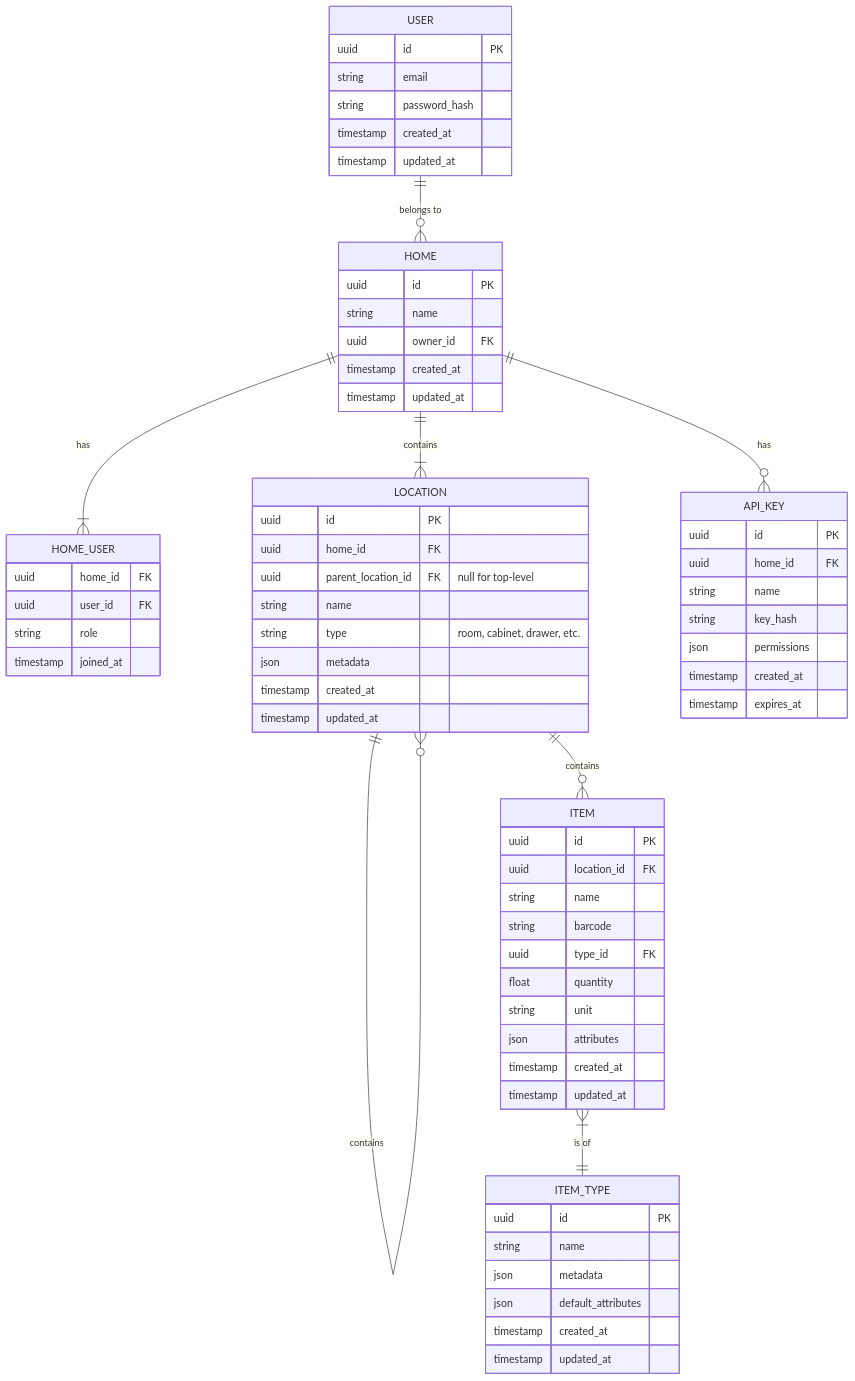
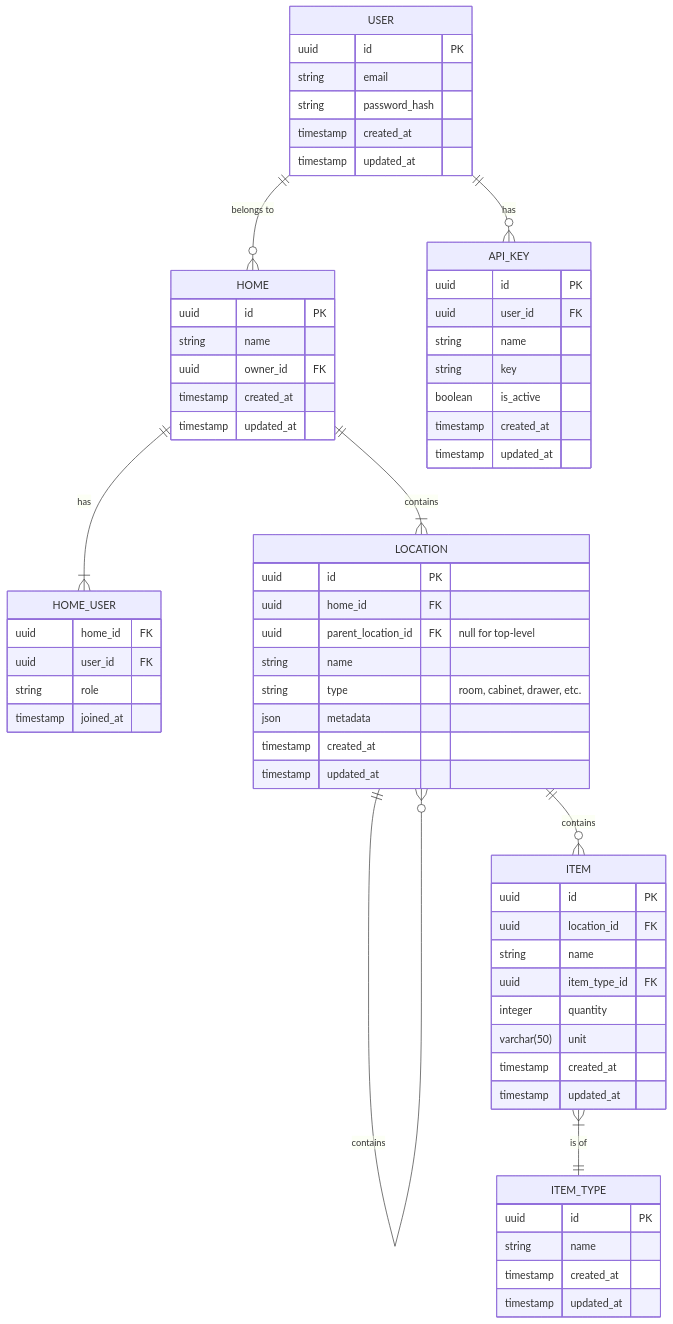
The diagram in memory-bank/database_erd.md (m-cain/mnemo), drawn with Mermaid before and after one commit. The commit also changed 9 other files, not shown here.

First line of the commit message:
feat: Define schema for item types, items, and API keys

````diff
--- a/memory-bank/database_erd.md
+++ b/memory-bank/database_erd.md
@@ -3,76 +3,72 @@
 ```mermaid
 erDiagram
     USER ||--o{ HOME : "belongs to"
     HOME ||--|{ HOME_USER : "has"
     HOME ||--|{ LOCATION : "contains"
     LOCATION ||--o{ LOCATION : "contains"
     LOCATION ||--o{ ITEM : "contains"
     ITEM }|--|| ITEM_TYPE : "is of"
-    HOME ||--o{ API_KEY : "has"
+    USER ||--o{ API_KEY : "has"
 
     USER {
         uuid id PK
         string email
         string password_hash
         timestamp created_at
         timestamp updated_at
     }
 
     HOME {
         uuid id PK
         string name
         uuid owner_id FK
         timestamp created_at
         timestamp updated_at
     }
 
     HOME_USER {
         uuid home_id FK
         uuid user_id FK
         string role
         timestamp joined_at
     }
 
     LOCATION {
         uuid id PK
         uuid home_id FK
         uuid parent_location_id FK "null for top-level"
         string name
         string type "room, cabinet, drawer, etc."
         json metadata
         timestamp created_at
         timestamp updated_at
     }
 
     ITEM {
         uuid id PK
         uuid location_id FK
         string name
-        string barcode
-        uuid type_id FK
-        float quantity
-        string unit
-        json attributes
+        uuid item_type_id FK
+        integer quantity
+        varchar(50) unit
         timestamp created_at
         timestamp updated_at
     }
 
     ITEM_TYPE {
         uuid id PK
         string name
-        json metadata
-        json default_attributes
         timestamp created_at
         timestamp updated_at
     }
 
     API_KEY {
         uuid id PK
-        uuid home_id FK
+        uuid user_id FK
         string name
-        string key_hash
-        json permissions
+        string key
+        boolean is_active
         timestamp created_at
-        timestamp expires_at
+        timestamp updated_at
     }
 ```
````
